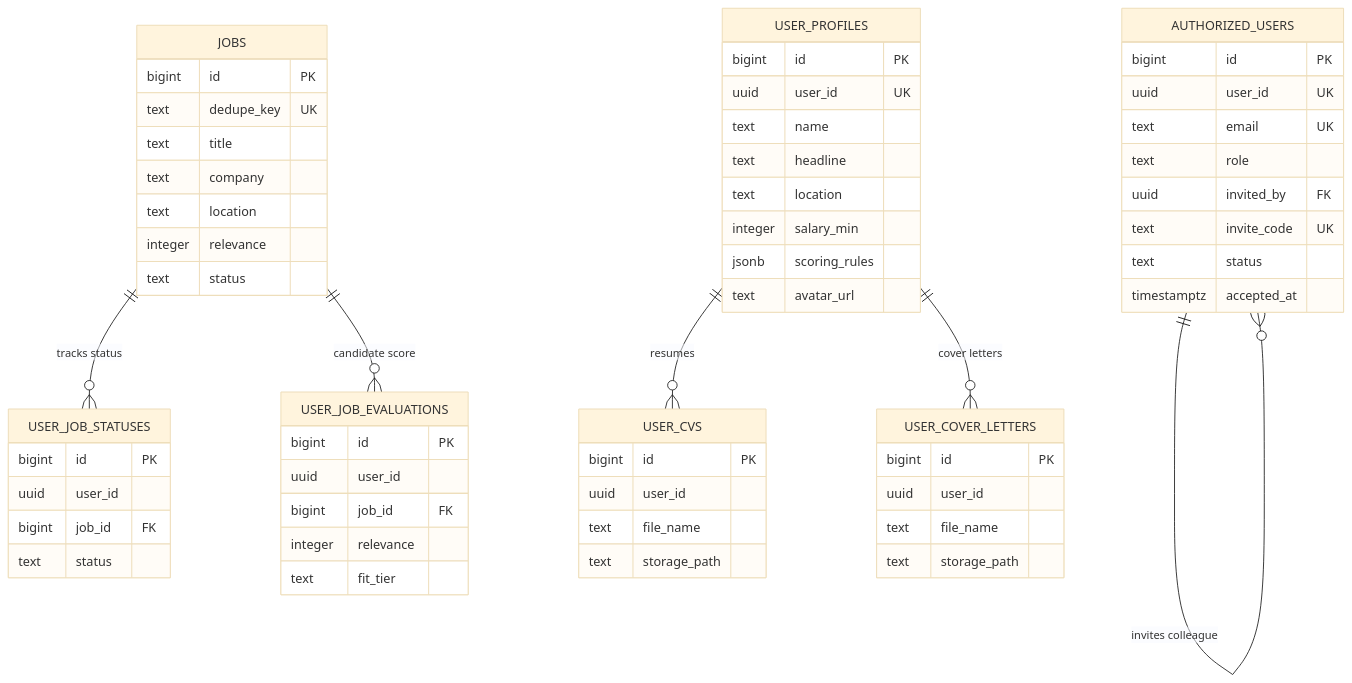
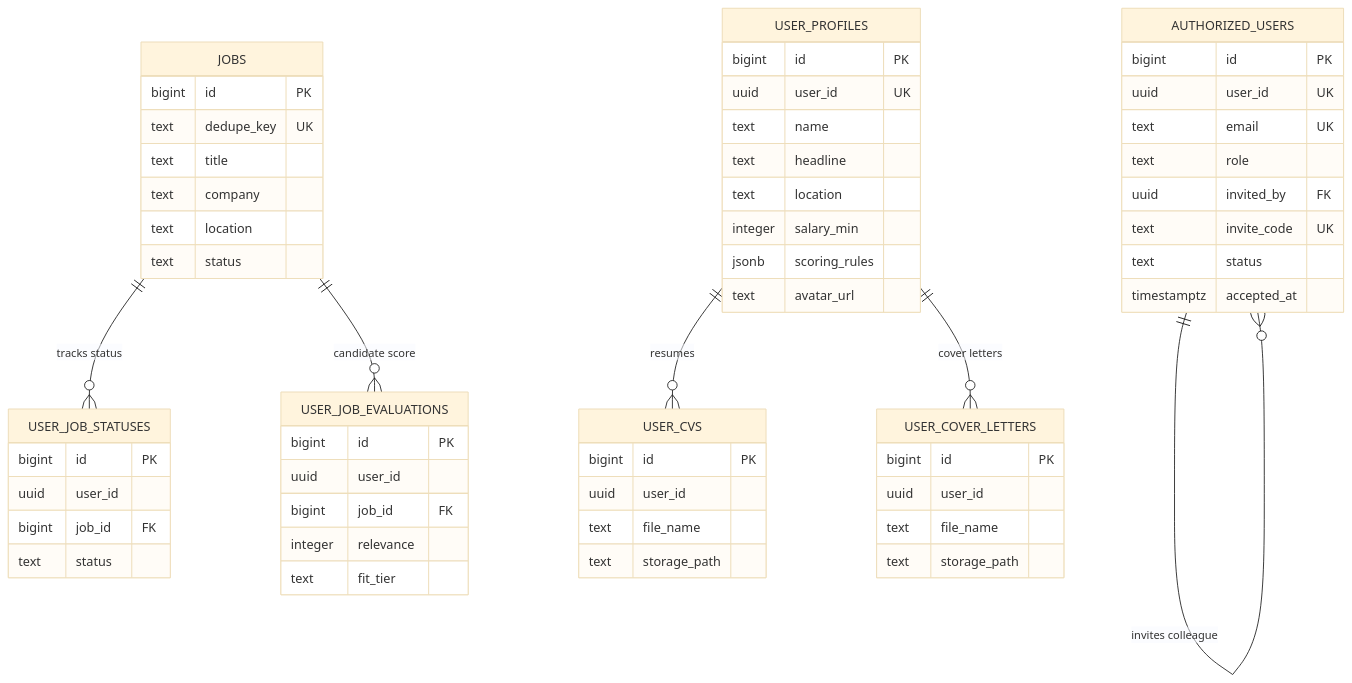
One commit to jae-labs/jobpulse changed the diagram in docs/DATABASE_SCHEMA.md. Above: the diagram before and after it, drawn with Mermaid (base theme). The commit also changed other lines of this file and 73 other files, not shown here.

````diff
--- a/docs/DATABASE_SCHEMA.md
+++ b/docs/DATABASE_SCHEMA.md
@@ -7,63 +7,62 @@
 ```mermaid
 erDiagram
     AUTHORIZED_USERS {
         bigint id PK
         uuid user_id UK
         text email UK
         text role
         uuid invited_by FK
         text invite_code UK
         text status
         timestamptz accepted_at
     }
     JOBS {
         bigint id PK
         text dedupe_key UK
         text title
         text company
         text location
-        integer relevance
         text status
     }
     USER_PROFILES {
         bigint id PK
         uuid user_id UK
         text name
         text headline
         text location
         integer salary_min
         jsonb scoring_rules
         text avatar_url
     }
     USER_JOB_STATUSES {
         bigint id PK
         uuid user_id
         bigint job_id FK
         text status
     }
     USER_JOB_EVALUATIONS {
         bigint id PK
         uuid user_id
         bigint job_id FK
         integer relevance
         text fit_tier
     }
     USER_CVS {
         bigint id PK
         uuid user_id
         text file_name
         text storage_path
     }
     USER_COVER_LETTERS {
         bigint id PK
         uuid user_id
         text file_name
         text storage_path
     }
 
     AUTHORIZED_USERS ||--o{ AUTHORIZED_USERS : "invites colleague"
     JOBS ||--o{ USER_JOB_STATUSES : "tracks status"
     JOBS ||--o{ USER_JOB_EVALUATIONS : "candidate score"
     USER_PROFILES ||--o{ USER_CVS : "resumes"
     USER_PROFILES ||--o{ USER_COVER_LETTERS : "cover letters"
 ```
````
